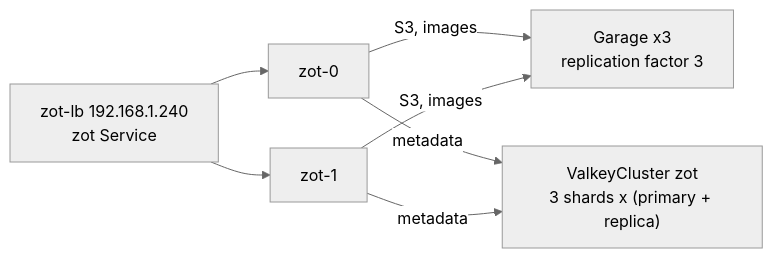
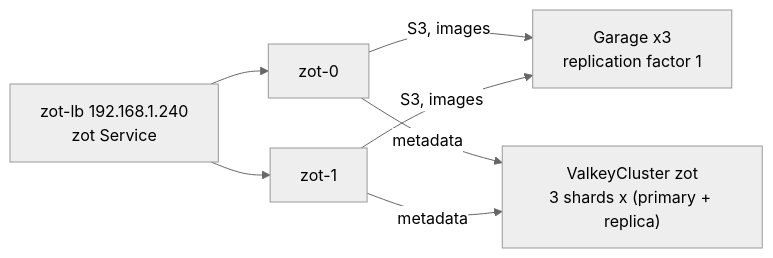
One commit to cthtrifork/talos-gitops changed the diagram in k8s/infra/registry-system/zot/README.md. Above: the diagram before and after it, drawn with Mermaid (neutral theme). The commit also changed other lines of this file and 6 other files, not shown here.

````diff
--- a/k8s/infra/registry-system/zot/README.md
+++ b/k8s/infra/registry-system/zot/README.md
@@ -6,7 +6,7 @@
 ```mermaid
 flowchart LR
     lb["zot-lb 192.168.1.240<br/>zot Service"] --> z0["zot-0"]
     lb --> z1["zot-1"]
-    z0 & z1 -->|"S3, images"| garage["Garage x3<br/>replication factor 3"]
+    z0 & z1 -->|"S3, images"| garage["Garage x3<br/>replication factor 1"]
     z0 & z1 -->|"metadata"| valkey["ValkeyCluster zot<br/>3 shards x (primary + replica)"]
 ```
````
